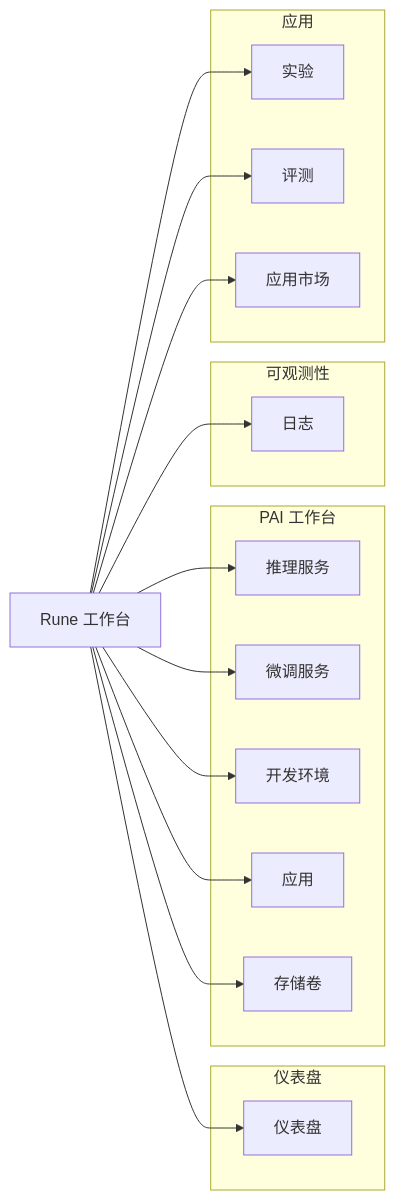
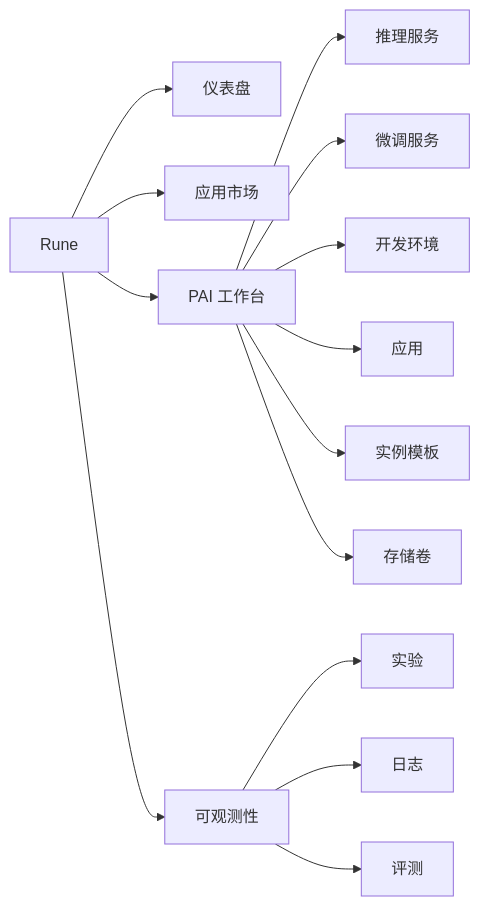
One commit to poxiaoyun/docs changed the first of 2 diagrams in src/pages/docs/cn/10.rune/03.console/index.md. Above: the diagram before and after it, drawn with Mermaid. The commit also changed other lines of this file and 463 other files, not shown here.

````diff
--- a/src/pages/docs/cn/10.rune/03.console/index.md
+++ b/src/pages/docs/cn/10.rune/03.console/index.md
@@ -59,37 +47,19 @@
 ```mermaid
 graph LR
- Rune["Rune 工作台"]
+ R["Rune"]
+ R --> D["仪表盘"]
+ R --> AM["应用市场"]
 
- subgraph "仪表盘"
- D["仪表盘"]
- end
+ R --> P["PAI 工作台"]
+ P --> I["推理服务"]
+ P --> T["微调服务"]
+ P --> IM["开发环境"]
+ P --> A["应用"]
+ P --> IT["实例模板"]
+ P --> SV["存储卷"]
 
- subgraph "PAI 工作台"
- I["推理服务"]
- T["微调服务"]
- IM["开发环境"]
- A["应用"]
- SV["存储卷"]
- end
-
- subgraph "可观测性"
- L["日志"]
- end
-
- subgraph "应用"
- EX["实验"]
- EV["评测"]
- AM["应用市场"]
- end
-
- Rune --> D
- Rune --> I
- Rune --> T
- Rune --> IM
- Rune --> A
- Rune --> SV
- Rune --> L
- Rune --> EX
- Rune --> EV
- Rune --> AM
+ R --> O["可观测性"]
+ O --> EX["实验"]
+ O --> L["日志"]
+ O --> EV["评测"]
 ```
````
